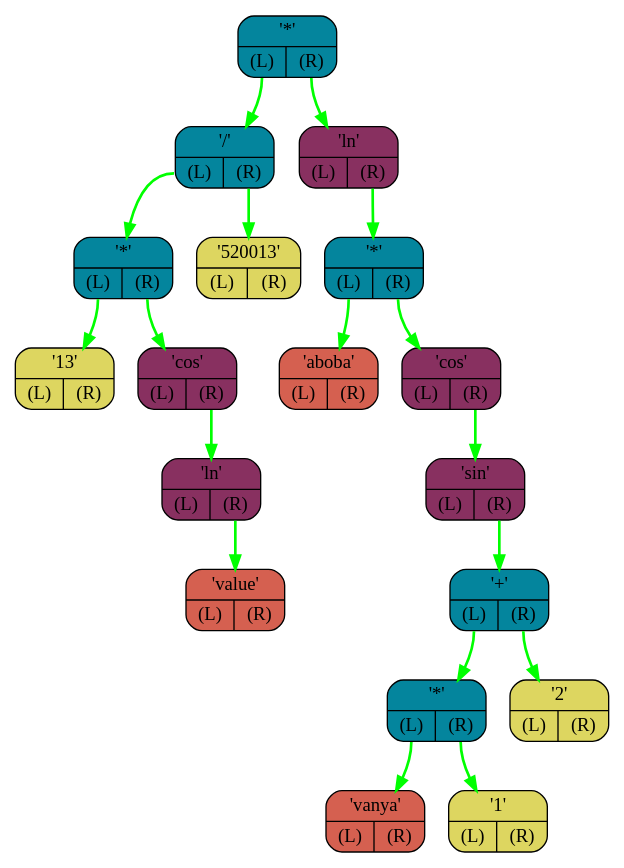
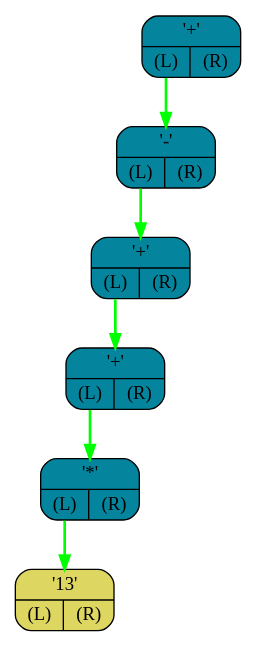
Before and after one commit to I1Va/ASTio_lib: the diagram in logs/graph.dot, drawn with Graphviz. The commit also changed 6 other files, not shown here.

```diff
--- a/logs/graph.dot
+++ b/logs/graph.dot
@@ -1,38 +1,14 @@
 digraph G{
     rankdir=TB;
-    NODE0x7ffd416e9608[shape="Mrecord",color="black",fillcolor="#04859D",style="filled",label="{'*' | {<L> (L)| <R> (R)}}"]
-    NODE0x7ffd416e9630[shape="Mrecord",color="black",fillcolor="#04859D",style="filled",label="{'/' | {<L> (L)| <R> (R)}}"]
-    NODE0x7ffd416e9658[shape="Mrecord",color="black",fillcolor="#04859D",style="filled",label="{'*' | {<L> (L)| <R> (R)}}"]
-    NODE0x7ffd416e9680[shape="Mrecord",color="black",fillcolor="#ddd660",style="filled",label="{'13' | {<L> (L)| <R> (R)}}"]
-    NODE0x7ffd416e96a8[shape="Mrecord",color="black",fillcolor="#883060",style="filled",label="{'cos' | {<L> (L)| <R> (R)}}"]
-    NODE0x7ffd416e96d0[shape="Mrecord",color="black",fillcolor="#883060",style="filled",label="{'ln' | {<L> (L)| <R> (R)}}"]
-    NODE0x7ffd416e96f8[shape="Mrecord",color="black",fillcolor="#d56050",style="filled",label="{'value' | {<L> (L)| <R> (R)}}"]
-    NODE0x7ffd416e9720[shape="Mrecord",color="black",fillcolor="#ddd660",style="filled",label="{'520013' | {<L> (L)| <R> (R)}}"]
-    NODE0x7ffd416e9748[shape="Mrecord",color="black",fillcolor="#883060",style="filled",label="{'ln' | {<L> (L)| <R> (R)}}"]
-    NODE0x7ffd416e9770[shape="Mrecord",color="black",fillcolor="#04859D",style="filled",label="{'*' | {<L> (L)| <R> (R)}}"]
-    NODE0x7ffd416e9798[shape="Mrecord",color="black",fillcolor="#d56050",style="filled",label="{'aboba' | {<L> (L)| <R> (R)}}"]
-    NODE0x7ffd416e97c0[shape="Mrecord",color="black",fillcolor="#883060",style="filled",label="{'cos' | {<L> (L)| <R> (R)}}"]
-    NODE0x7ffd416e97e8[shape="Mrecord",color="black",fillcolor="#883060",style="filled",label="{'sin' | {<L> (L)| <R> (R)}}"]
-    NODE0x7ffd416e9810[shape="Mrecord",color="black",fillcolor="#04859D",style="filled",label="{'+' | {<L> (L)| <R> (R)}}"]
-    NODE0x7ffd416e9838[shape="Mrecord",color="black",fillcolor="#04859D",style="filled",label="{'*' | {<L> (L)| <R> (R)}}"]
-    NODE0x7ffd416e9860[shape="Mrecord",color="black",fillcolor="#d56050",style="filled",label="{'vanya' | {<L> (L)| <R> (R)}}"]
-    NODE0x7ffd416e9888[shape="Mrecord",color="black",fillcolor="#ddd660",style="filled",label="{'1' | {<L> (L)| <R> (R)}}"]
-    NODE0x7ffd416e98b0[shape="Mrecord",color="black",fillcolor="#ddd660",style="filled",label="{'2' | {<L> (L)| <R> (R)}}"]
-    NODE0x7ffd416e96d0:R-> NODE0x7ffd416e96f8 [color="#00FF00",penwidth=2,label=""]
-    NODE0x7ffd416e96a8:R-> NODE0x7ffd416e96d0 [color="#00FF00",penwidth=2,label=""]
-    NODE0x7ffd416e9658:L-> NODE0x7ffd416e9680 [color="#00FF00",penwidth=2,label=""]
-    NODE0x7ffd416e9658:R-> NODE0x7ffd416e96a8 [color="#00FF00",penwidth=2,label=""]
-    NODE0x7ffd416e9630:L-> NODE0x7ffd416e9658 [color="#00FF00",penwidth=2,label=""]
-    NODE0x7ffd416e9630:R-> NODE0x7ffd416e9720 [color="#00FF00",penwidth=2,label=""]
-    NODE0x7ffd416e9838:L-> NODE0x7ffd416e9860 [color="#00FF00",penwidth=2,label=""]
-    NODE0x7ffd416e9838:R-> NODE0x7ffd416e9888 [color="#00FF00",penwidth=2,label=""]
-    NODE0x7ffd416e9810:L-> NODE0x7ffd416e9838 [color="#00FF00",penwidth=2,label=""]
-    NODE0x7ffd416e9810:R-> NODE0x7ffd416e98b0 [color="#00FF00",penwidth=2,label=""]
-    NODE0x7ffd416e97e8:R-> NODE0x7ffd416e9810 [color="#00FF00",penwidth=2,label=""]
-    NODE0x7ffd416e97c0:R-> NODE0x7ffd416e97e8 [color="#00FF00",penwidth=2,label=""]
-    NODE0x7ffd416e9770:L-> NODE0x7ffd416e9798 [color="#00FF00",penwidth=2,label=""]
-    NODE0x7ffd416e9770:R-> NODE0x7ffd416e97c0 [color="#00FF00",penwidth=2,label=""]
-    NODE0x7ffd416e9748:R-> NODE0x7ffd416e9770 [color="#00FF00",penwidth=2,label=""]
-    NODE0x7ffd416e9608:L-> NODE0x7ffd416e9630 [color="#00FF00",penwidth=2,label=""]
-    NODE0x7ffd416e9608:R-> NODE0x7ffd416e9748 [color="#00FF00",penwidth=2,label=""]
+    NODE0x7ffcb756dd98[shape="Mrecord",color="black",fillcolor="#04859D",style="filled",label="{'+' | {<L> (L)| <R> (R)}}"]
+    NODE0x7ffcb756ddc0[shape="Mrecord",color="black",fillcolor="#04859D",style="filled",label="{'-' | {<L> (L)| <R> (R)}}"]
+    NODE0x7ffcb756dde8[shape="Mrecord",color="black",fillcolor="#04859D",style="filled",label="{'+' | {<L> (L)| <R> (R)}}"]
+    NODE0x7ffcb756de10[shape="Mrecord",color="black",fillcolor="#04859D",style="filled",label="{'+' | {<L> (L)| <R> (R)}}"]
+    NODE0x7ffcb756de38[shape="Mrecord",color="black",fillcolor="#04859D",style="filled",label="{'*' | {<L> (L)| <R> (R)}}"]
+    NODE0x7ffcb756de60[shape="Mrecord",color="black",fillcolor="#ddd660",style="filled",label="{'13' | {<L> (L)| <R> (R)}}"]
+    NODE0x7ffcb756de38:L-> NODE0x7ffcb756de60 [color="#00FF00",penwidth=2,label=""]
+    NODE0x7ffcb756de10:L-> NODE0x7ffcb756de38 [color="#00FF00",penwidth=2,label=""]
+    NODE0x7ffcb756dde8:L-> NODE0x7ffcb756de10 [color="#00FF00",penwidth=2,label=""]
+    NODE0x7ffcb756ddc0:L-> NODE0x7ffcb756dde8 [color="#00FF00",penwidth=2,label=""]
+    NODE0x7ffcb756dd98:L-> NODE0x7ffcb756ddc0 [color="#00FF00",penwidth=2,label=""]
 }
```
